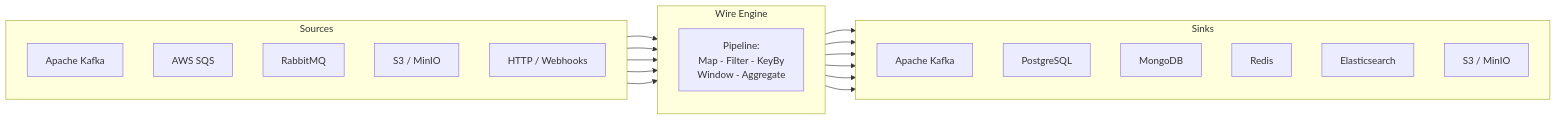
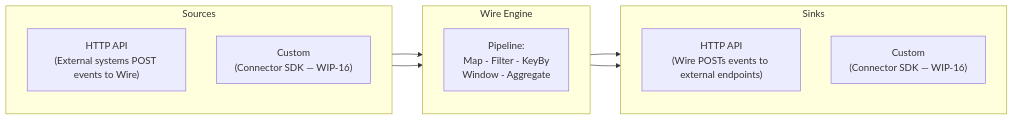
Before and after one commit to tarungka/wire: diagram 12 of 12 in docs/diagrams.md, drawn with Mermaid. The commit also changed other lines of this file and 6 other files, not shown here.

````diff
--- a/docs/diagrams.md
+++ b/docs/diagrams.md
@@ -362,39 +362,25 @@
 ```mermaid
 flowchart LR
     subgraph Sources
         direction TB
-        SK[Apache Kafka]
-        SS[AWS SQS]
-        SR[RabbitMQ]
-        S3S[S3 / MinIO]
-        SH[HTTP / Webhooks]
+        SH["HTTP API<br/>(External systems POST events to Wire)"]
+        SC["Custom<br/>(Connector SDK — WIP-16)"]
     end
 
     subgraph Wire Engine
         direction TB
         P["Pipeline:<br/>Map - Filter - KeyBy<br/>Window - Aggregate"]
     end
 
     subgraph Sinks
         direction TB
-        OK[Apache Kafka]
-        OP[PostgreSQL]
-        OM[MongoDB]
-        OR[Redis]
-        OE[Elasticsearch]
-        OS[S3 / MinIO]
+        OH["HTTP API<br/>(Wire POSTs events to external endpoints)"]
+        OC["Custom<br/>(Connector SDK — WIP-16)"]
     end
 
-    SK --> P
-    SS --> P
-    SR --> P
-    S3S --> P
     SH --> P
+    SC --> P
 
-    P --> OK
-    P --> OP
-    P --> OM
-    P --> OR
-    P --> OE
-    P --> OS
+    P --> OH
+    P --> OC
 ```
````
